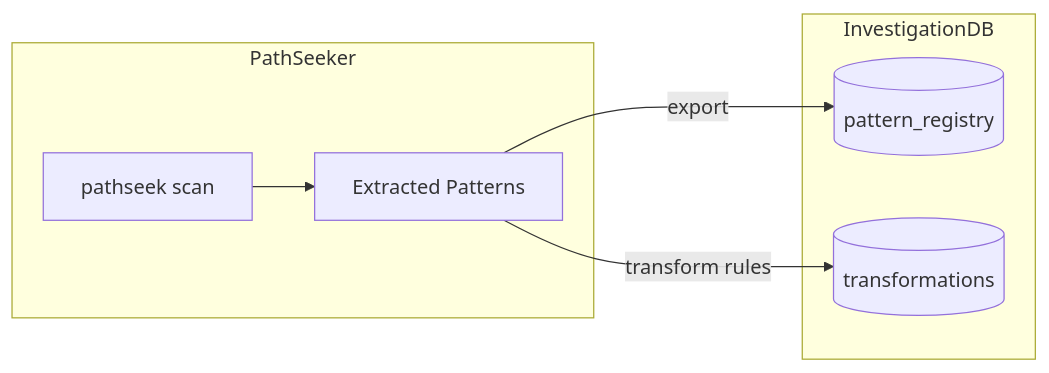
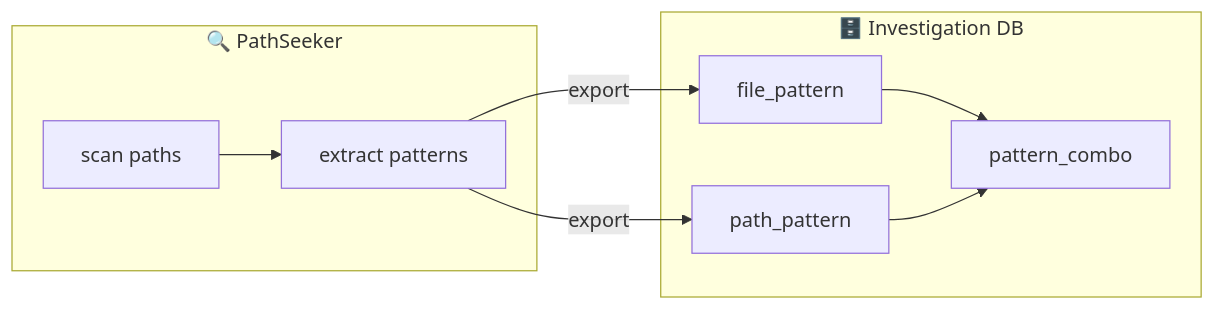
Before and after one commit to ThanuMahee12/AgentContext: the tenth of 13 diagrams in docs/brainstorms/pathseeker.md, drawn with Mermaid. The commit also changed other lines of this file, not shown here.

Commit message:
docs: rewrite PathSeeker with visual brainstorm diagrams

````diff
--- a/docs/brainstorms/pathseeker.md
+++ b/docs/brainstorms/pathseeker.md
@@ -349,16 +204,19 @@
 ```mermaid
 flowchart LR
-    subgraph PathSeeker
-        PS[pathseek scan]
-        PAT[Extracted Patterns]
+    subgraph PathSeeker["🔍 PathSeeker"]
+        SCAN["scan paths"]
+        PAT["extract patterns"]
     end
 
-    subgraph InvestigationDB
-        PR[(pattern_registry)]
-        TR[(transformations)]
+    subgraph InvestigationDB["🗄️ Investigation DB"]
+        FP["file_pattern"]
+        PP["path_pattern"]
+        PC["pattern_combo"]
     end
 
-    PS --> PAT
-    PAT -->|"export"| PR
-    PAT -->|"transform rules"| TR
+    SCAN --> PAT
+    PAT -->|"export"| FP
+    PAT -->|"export"| PP
+    FP --> PC
+    PP --> PC
 ```
````
